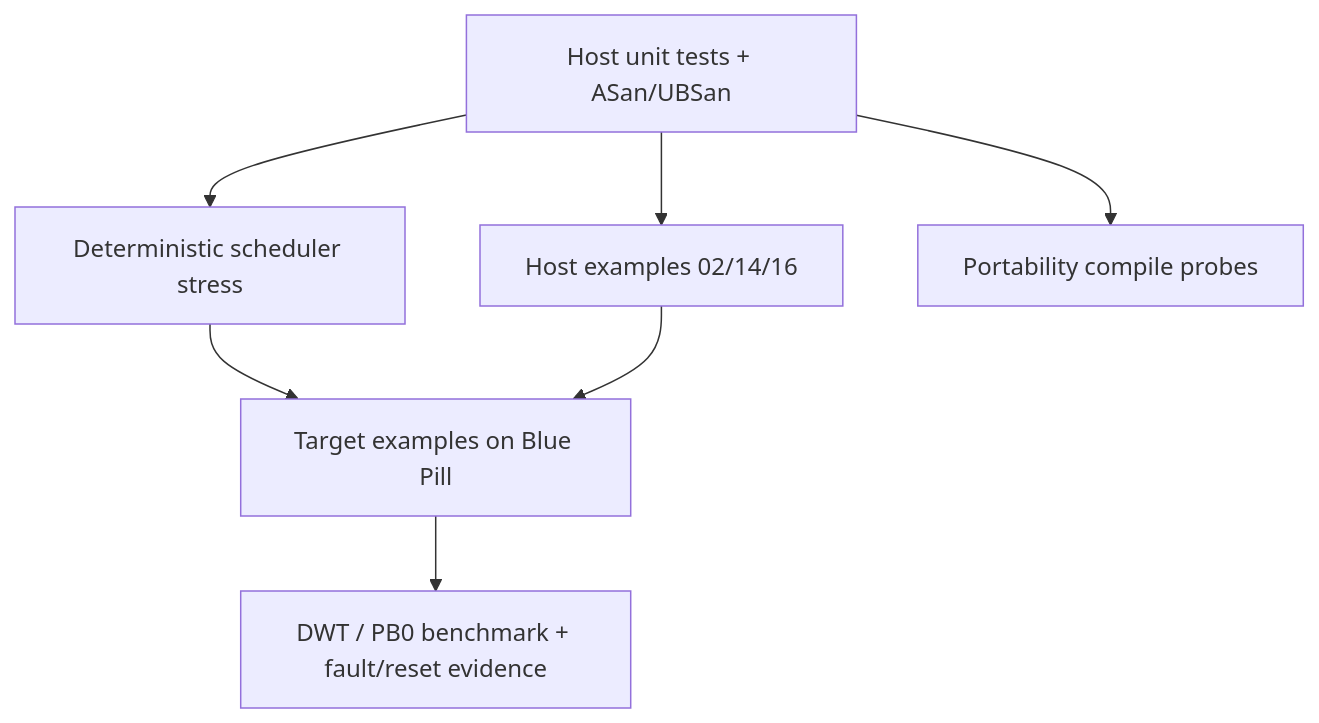
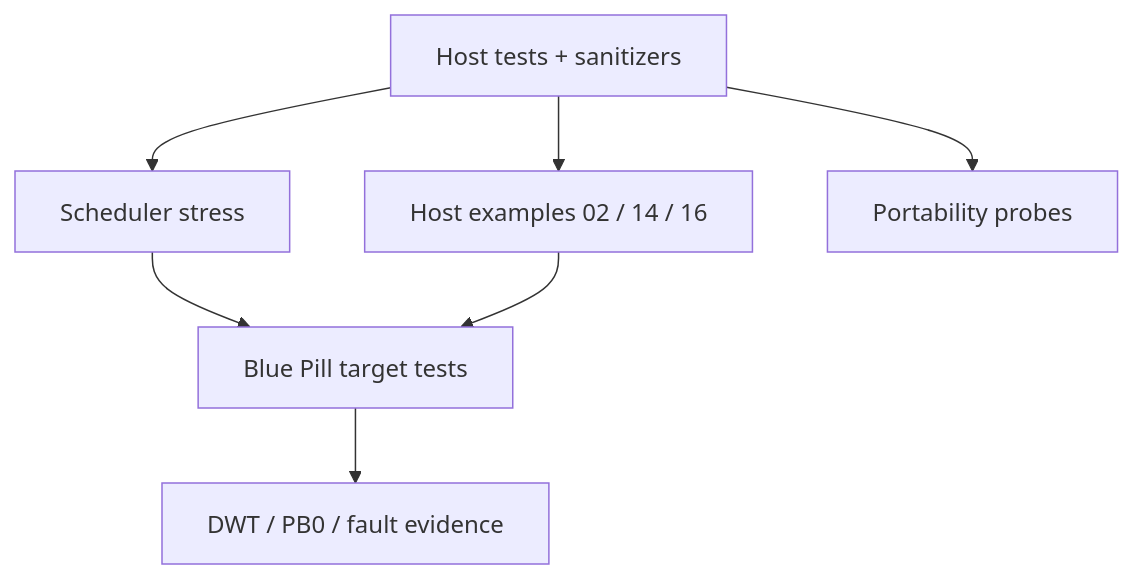
The diagram in docs/06-testing-and-quality/testing-guide.md (haikevins/hairtos), drawn with Mermaid before and after one commit. The commit also changed other lines of this file and 82 other files, not shown here.

````diff
--- a/docs/06-testing-and-quality/testing-guide.md
+++ b/docs/06-testing-and-quality/testing-guide.md
@@ -9,9 +9,9 @@
 ```mermaid
-flowchart TD
-    UNIT["Host unit tests + ASan/UBSan"] --> STRESS["Deterministic scheduler stress"]
-    UNIT --> HOSTEX["Host examples 02/14/16"]
-    UNIT --> PORTPROBE["Portability compile probes"]
-    STRESS --> TARGET["Target examples on Blue Pill"]
+flowchart TB
+    UNIT["Host tests + sanitizers"] --> STRESS["Scheduler stress"]
+    UNIT --> HOSTEX["Host examples 02 / 14 / 16"]
+    UNIT --> PORTPROBE["Portability probes"]
+    STRESS --> TARGET["Blue Pill target tests"]
     HOSTEX --> TARGET
-    TARGET --> MEASURE["DWT / PB0 benchmark + fault/reset evidence"]
+    TARGET --> MEASURE["DWT / PB0 / fault evidence"]
 ```
````
